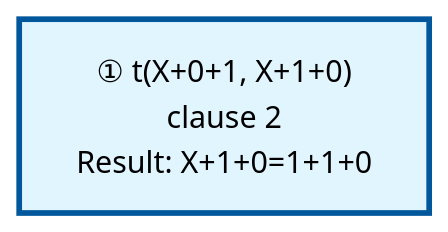
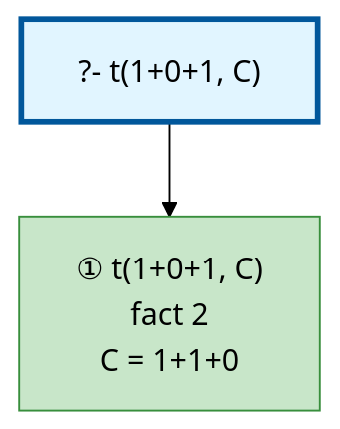
Before and after one commit to textologylabs/prolog-trace-viz: the diagram in examples/operator-output.md, drawn with Mermaid (forest theme). The commit also changed 8 other files, not shown here.

First line of the commit message:
🐛 render the Mermaid call tree from the timeline, not the level-keyed builder

````diff
--- a/examples/operator-output.md
+++ b/examples/operator-output.md
@@ -29,11 +29,14 @@
 ```mermaid
 graph TD
 
 %% Nodes
-A["① t(X+0+1, X+1+0)<br/>clause 2<br/>Result: X+1+0=1+1+0"]
+A["?- t(1+0+1, C)"]
+B["① t(1+0+1, C)<br/>fact 2<br/>C = 1+1+0"]
 
 %% Edges
+A --> B
 
 %% Styles
 style A fill:#e1f5ff,stroke:#01579b,stroke-width:3px
+style B fill:#c8e6c9,stroke:#388e3c
 ```
````
